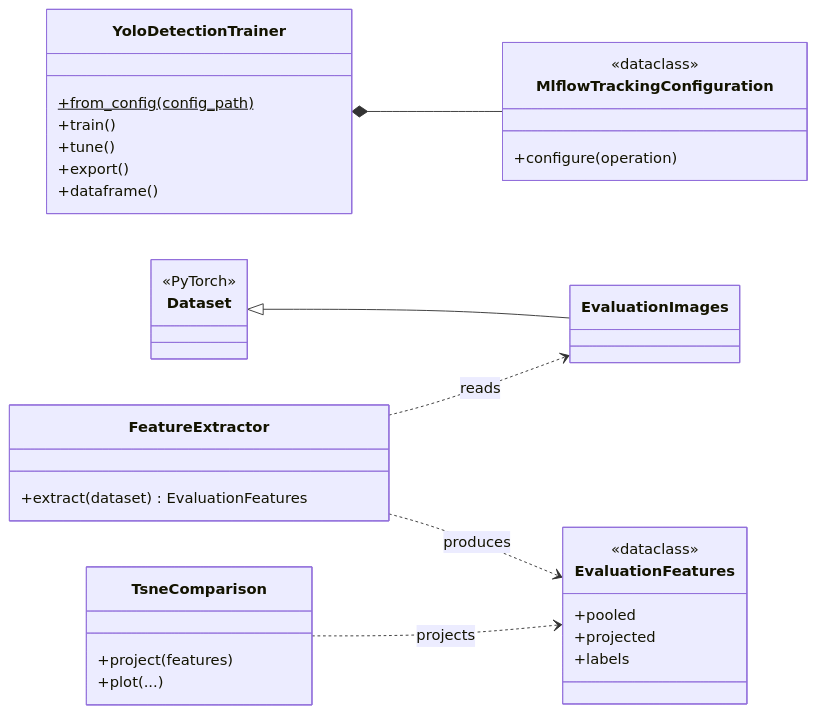
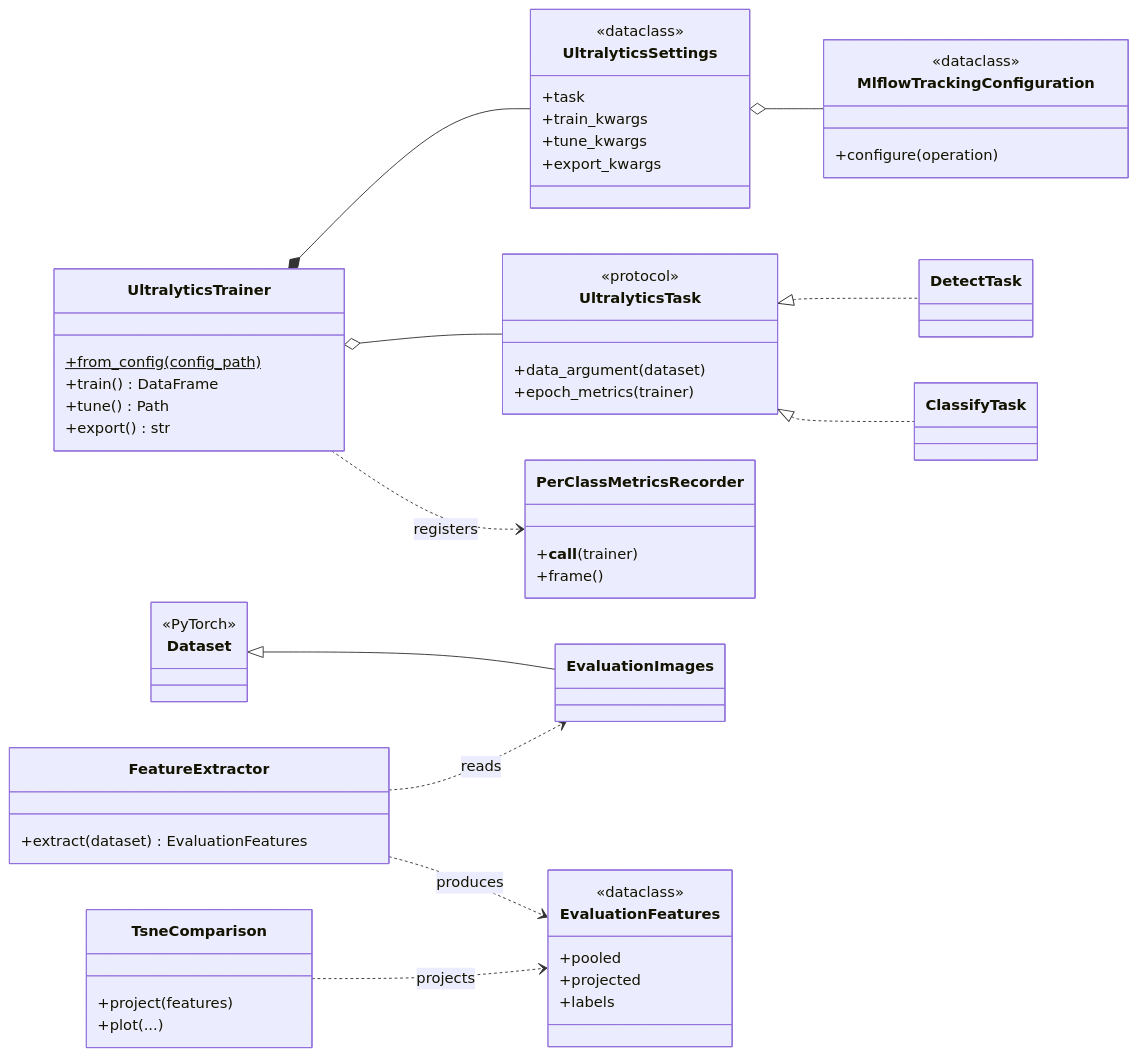
The seventh of 7 diagrams in README.md (ssciwr/smartrodent_experiments), drawn with Mermaid before and after one commit. The commit also changed other lines of this file and 18 other files, not shown here.

Commit message:
use independent yolo trainer again

````diff
--- a/README.md
+++ b/README.md
@@ -667,40 +669,62 @@
 ```mermaid
 classDiagram
     direction LR
 
-    class YoloDetectionTrainer {
+    class UltralyticsTrainer {
         +from_config(config_path)$
-        +train()
-        +tune()
-        +export()
-        +dataframe()
+        +train() DataFrame
+        +tune() Path
+        +export() str
+    }
+    class UltralyticsSettings {
+        <<dataclass>>
+        +task
+        +train_kwargs
+        +tune_kwargs
+        +export_kwargs
+    }
+    class UltralyticsTask {
+        <<protocol>>
+        +data_argument(dataset)
+        +epoch_metrics(trainer)
+    }
+    class DetectTask
+    class ClassifyTask
+    class PerClassMetricsRecorder {
+        +__call__(trainer)
+        +frame()
     }
     class MlflowTrackingConfiguration {
         <<dataclass>>
         +configure(operation)
     }
 
     class Dataset {
         <<PyTorch>>
     }
     class EvaluationImages
     class FeatureExtractor {
         +extract(dataset) EvaluationFeatures
     }
     class EvaluationFeatures {
         <<dataclass>>
         +pooled
         +projected
         +labels
     }
     class TsneComparison {
         +project(features)
         +plot(...)
     }
 
-    YoloDetectionTrainer *-- MlflowTrackingConfiguration
+    UltralyticsTrainer *-- UltralyticsSettings
+    UltralyticsTrainer o-- UltralyticsTask
+    UltralyticsTrainer ..> PerClassMetricsRecorder : registers
+    UltralyticsSettings o-- MlflowTrackingConfiguration
+    UltralyticsTask <|.. DetectTask
+    UltralyticsTask <|.. ClassifyTask
     Dataset <|-- EvaluationImages
     FeatureExtractor ..> EvaluationImages : reads
     FeatureExtractor ..> EvaluationFeatures : produces
     TsneComparison ..> EvaluationFeatures : projects
 ```
````
